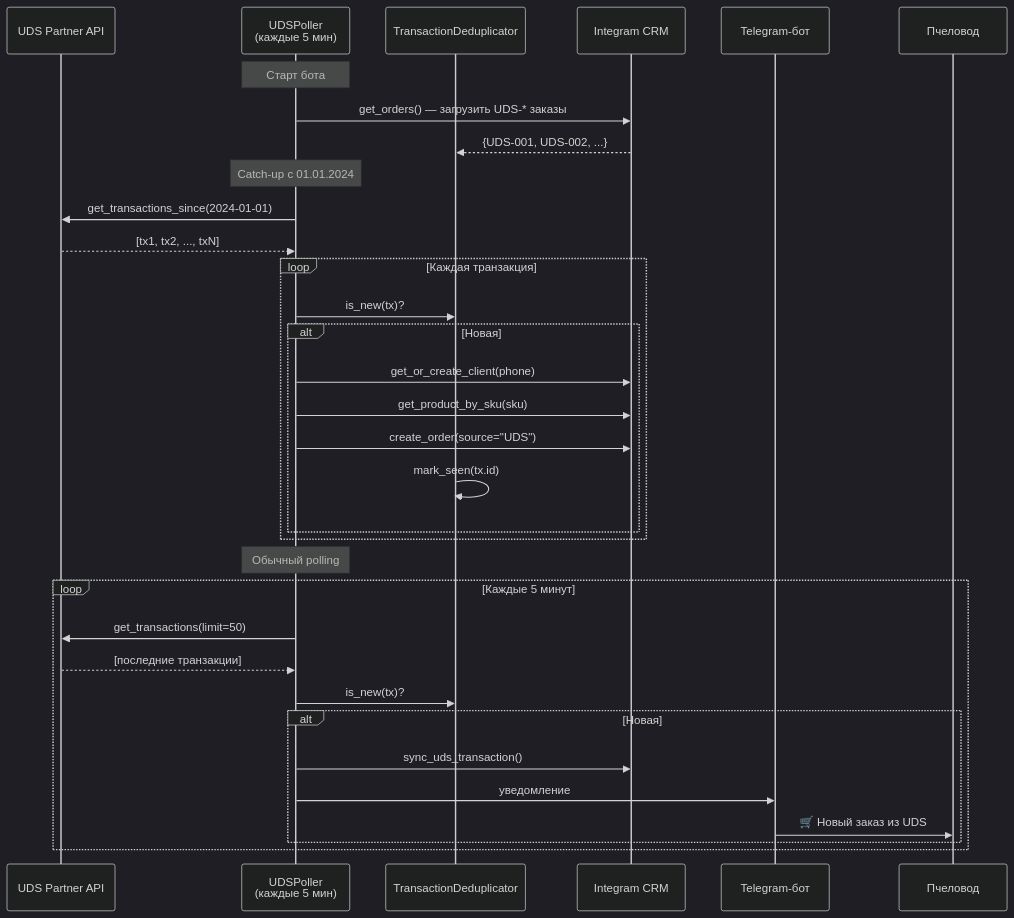
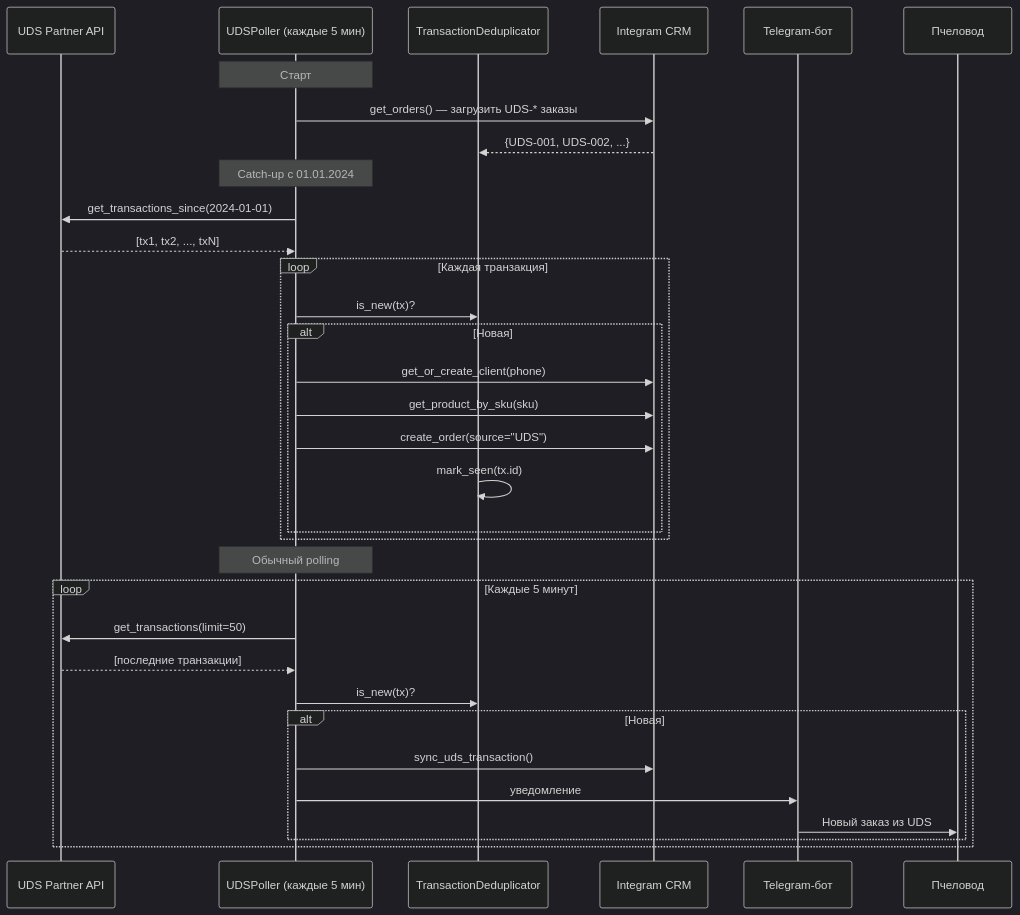
Before and after one commit to unidel2035/BEEBOT: diagram 15 of 15 in docs/architecture.md, drawn with Mermaid (dark theme). The commit also changed other lines of this file, not shown here.

First line of the commit message:
docs: переписать architecture.md под unified process

````diff
--- a/docs/architecture.md
+++ b/docs/architecture.md
@@ -624,38 +613,38 @@
 ```mermaid
 sequenceDiagram
     participant UDS as UDS Partner API
-    participant Poller as UDSPoller<br/>(каждые 5 мин)
+    participant Poller as UDSPoller (каждые 5 мин)
     participant Dedup as TransactionDeduplicator
     participant CRM as Integram CRM
     participant Bot as Telegram-бот
     participant Admin as Пчеловод
 
-    Note over Poller: Старт бота
+    Note over Poller: Старт
     Poller->>CRM: get_orders() — загрузить UDS-* заказы
     CRM-->>Dedup: {UDS-001, UDS-002, ...}
 
     Note over Poller: Catch-up с 01.01.2024
     Poller->>UDS: get_transactions_since(2024-01-01)
     UDS-->>Poller: [tx1, tx2, ..., txN]
     loop Каждая транзакция
         Poller->>Dedup: is_new(tx)?
         alt Новая
             Poller->>CRM: get_or_create_client(phone)
             Poller->>CRM: get_product_by_sku(sku)
             Poller->>CRM: create_order(source="UDS")
             Dedup->>Dedup: mark_seen(tx.id)
         end
     end
 
     Note over Poller: Обычный polling
     loop Каждые 5 минут
         Poller->>UDS: get_transactions(limit=50)
         UDS-->>Poller: [последние транзакции]
         Poller->>Dedup: is_new(tx)?
         alt Новая
             Poller->>CRM: sync_uds_transaction()
             Poller->>Bot: уведомление
-            Bot->>Admin: 🛒 Новый заказ из UDS
+            Bot->>Admin: Новый заказ из UDS
         end
     end
 ```
````
